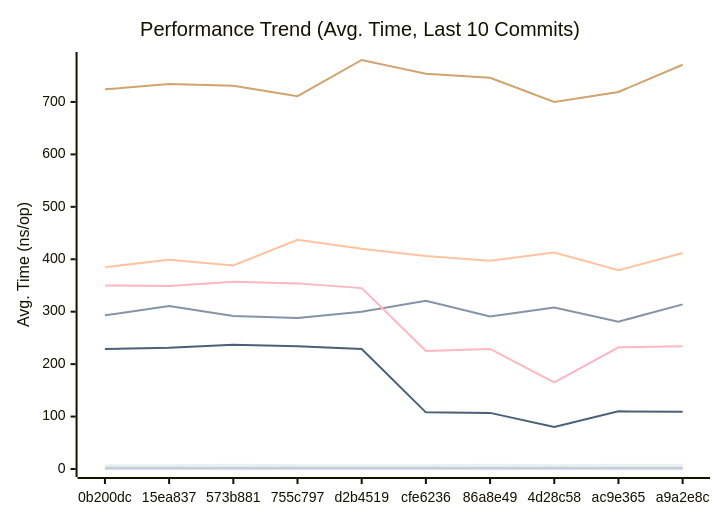
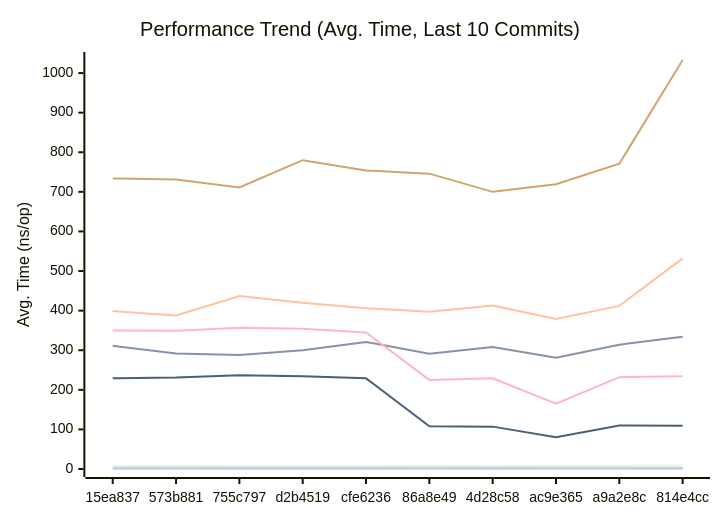
Before and after one commit to alsotoes/momo: the first of 3 diagrams in docs/PERFORMANCE.md, drawn with Mermaid. The commit also changed other lines of this file and 2 other files, not shown here.

````diff
--- a/docs/PERFORMANCE.md
+++ b/docs/PERFORMANCE.md
@@ -80,16 +80,16 @@
 ```mermaid
 xychart-beta
     title "Performance Trend (Avg. Time, Last 10 Commits)"
     x-axis "Commit"
     y-axis "Avg. Time (ns/op)"
-    x-axis [0b200dc,15ea837,573b881,755c797,d2b4519,cfe6236,86a8e49,4d28c58,ac9e365,a9a2e8c]
-    line "CheckMetricsAndSwap" [7,7,8,7,7,7,8,7,8,8]
-    line "CrushOptimized" [293,311,292,288,300,321,291,308,281,314]
-    line "CrushOriginal" [385,399,388,437,420,406,397,413,379,412]
+    x-axis [15ea837,573b881,755c797,d2b4519,cfe6236,86a8e49,4d28c58,ac9e365,a9a2e8c,814e4cc]
+    line "CheckMetricsAndSwap" [7,8,7,7,7,8,7,8,8,9]
+    line "CrushOptimized" [311,292,288,300,321,291,308,281,314,334]
+    line "CrushOriginal" [399,388,437,420,406,397,413,379,412,532]
     line "IndexDirectTracking" [0,0,0,0,0,0,0,0,0,0]
     line "IndexSearch" [3,3,3,3,3,3,3,3,3,3]
-    line "LoadGlobalConfig" [724,734,731,711,780,754,746,700,719,771]
+    line "LoadGlobalConfig" [734,731,711,780,754,746,700,719,771,1033]
     line "PadString" [2,2,2,2,2,2,2,2,2,2]
     line "ParseReplicationOrder_NoPrealloc" [350,349,357,354,345,225,229,165,232,234]
     line "ParseReplicationOrder_Prealloc" [229,231,237,234,229,108,107,80,110,109]
 ```
````
